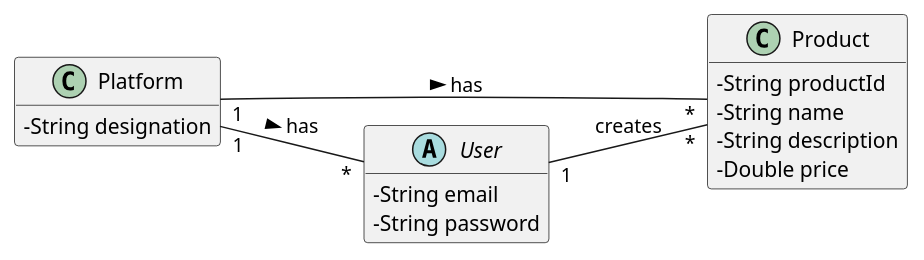
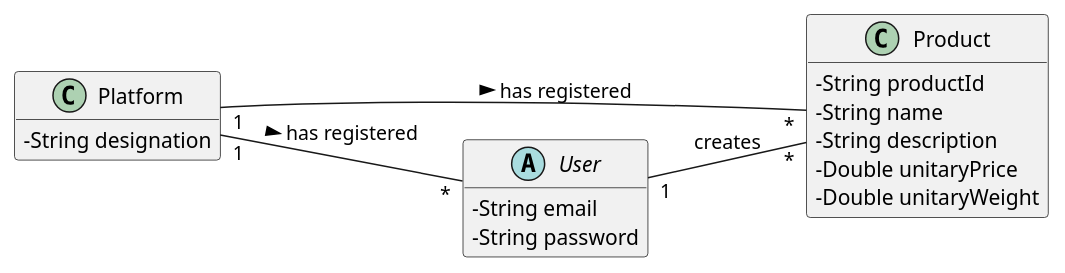
One commit to tiagoavcosta25/LAPR3 changed the diagram in docs/Iteration 1/Product Management/US70_RegisterProduct/US70_DM.puml. Above: the diagram before and after it, drawn with PlantUML. The commit also changed 8 other files, not shown here.

```diff
--- a/docs/Iteration 1/Product Management/US70_RegisterProduct/US70_DM.puml
+++ b/docs/Iteration 1/Product Management/US70_RegisterProduct/US70_DM.puml
@@ -1,26 +1,27 @@
 @startuml
 skinparam classAttributeIconSize 0
 hide methods
 left to right direction
 
 class Platform {
     -String designation
 }
 
 class Product{
     -String productId
     -String name
     -String description
-    -Double price
+    -Double unitaryPrice
+    -Double unitaryWeight
 }
 
 abstract class User{
     -String email
     -String password
 }
 
 User "1" -- "*" Product : creates
-Platform "1" -- "*" Product : has >
-Platform "1" -- "*" User : has >
+Platform "1" -- "*" Product : has registered >
+Platform "1" -- "*" User : has registered >
 
 @enduml
```
